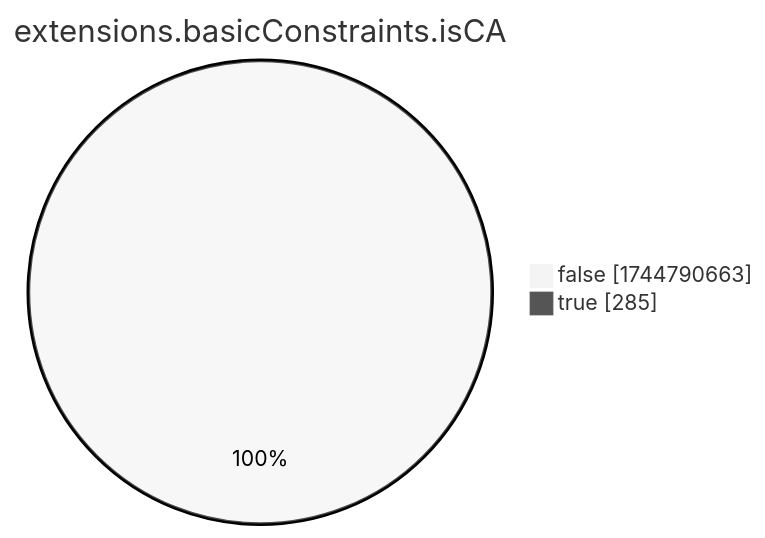
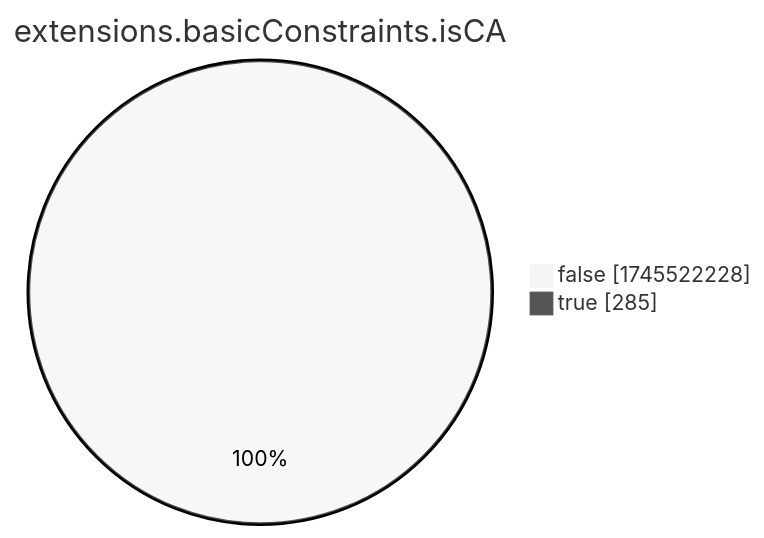
One commit to christiankrug/ctmonitor_visualization changed the eighth of 15 diagrams in xenon2022/README.md. Above: the diagram before and after it, drawn with Mermaid (neutral theme). The commit also changed other lines of this file, not shown here.

````diff
--- a/xenon2022/README.md
+++ b/xenon2022/README.md
@@ -2867,6 +2867,6 @@
 ```mermaid
 pie showData
 title extensions.basicConstraints.isCA
-"false" :1744790663
+"false" :1745522228
 "true" :285
 ```
````
